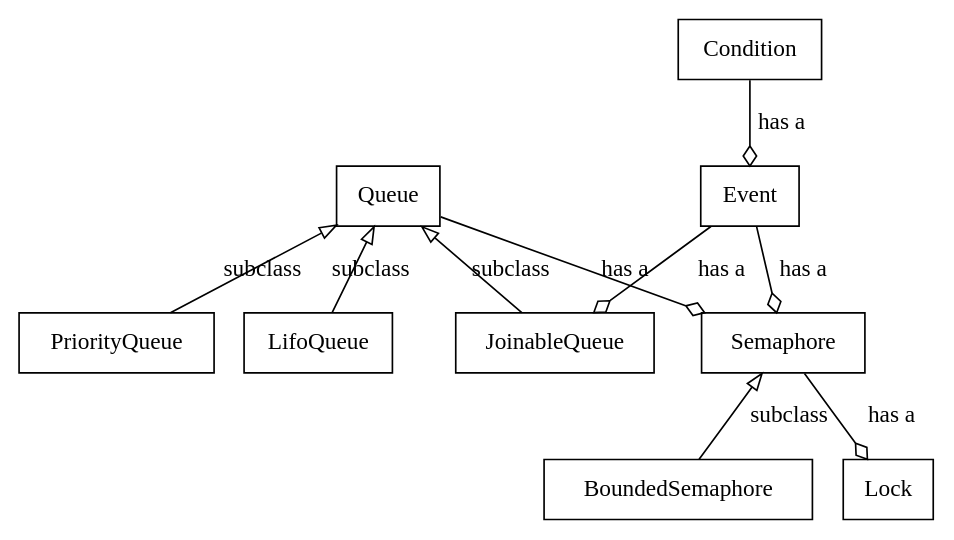
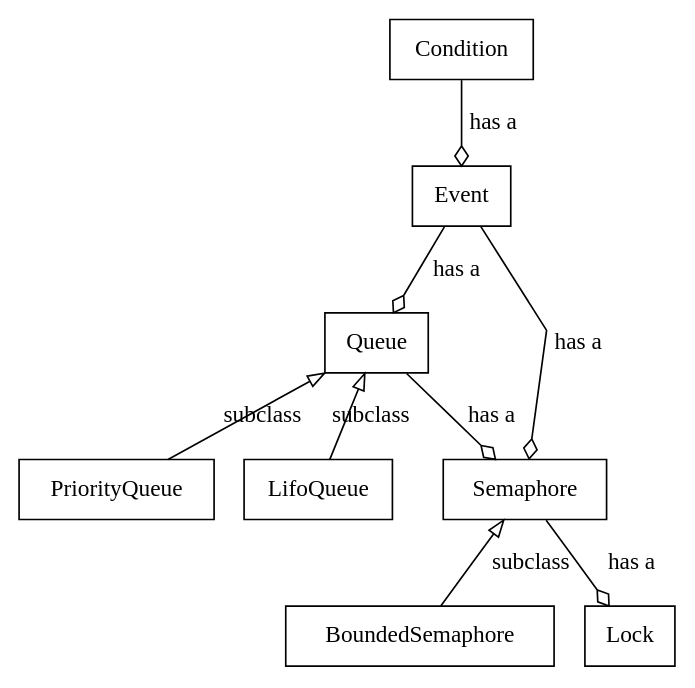
Before and after one commit to ajdavis/toro: the diagram in doc/classes.rst, drawn with Graphviz. The commit also changed other lines of this file and 7 other files, not shown here.

First line of the commit message:
Merge JoinableQueue into Queue.

```diff
--- a/doc/classes.rst
+++ b/doc/classes.rst
@@ -81,23 +76,22 @@
 .. graphviz::
 
    digraph Toro {
        graph [splines=false];
        node [shape=record];
 
        // First show UML-style subclass relationships.
        edge [label=subclass arrowtail=empty arrowhead=none dir=both];
 
        Queue -> PriorityQueue
        Queue -> LifoQueue
-       Queue -> JoinableQueue
        Semaphore -> BoundedSemaphore
 
        // Now UML-style composition or has-a relationships.
        edge [label="has a" arrowhead=odiamond arrowtail=none];
 
-       Event -> JoinableQueue
+       Event -> Queue
        Condition -> Event
        Event -> Semaphore
        Queue -> Semaphore
        Semaphore -> Lock
    }
```
